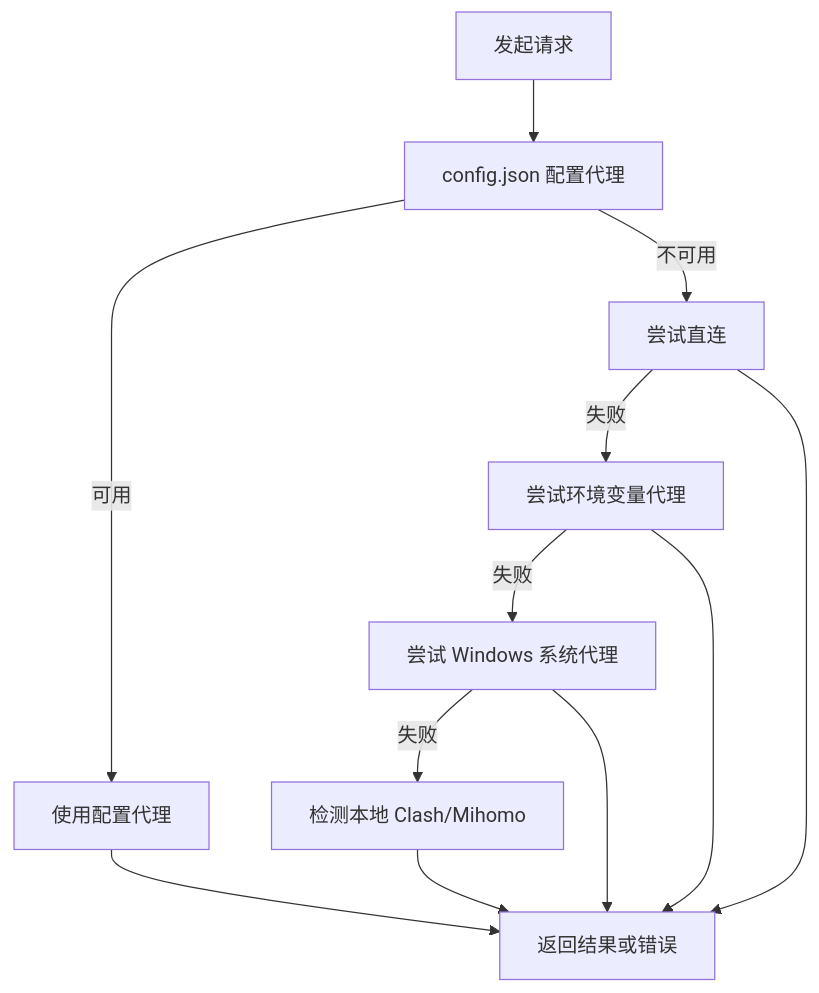
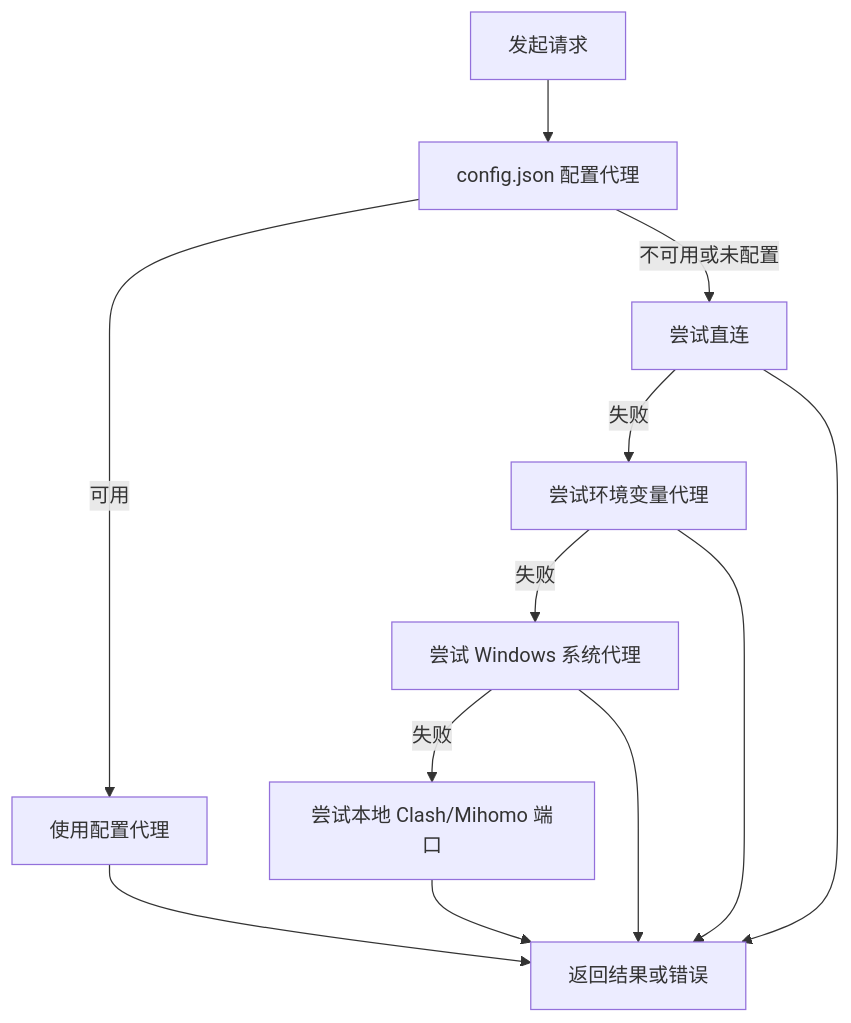
The third of 3 diagrams in README.md (vegetpig/super-imyaigc-signin), drawn with Mermaid before and after one commit. The commit also changed other lines of this file, not shown here.

````diff
--- a/README.md
+++ b/README.md
@@ -302,14 +372,14 @@
 ```mermaid
 flowchart TD
     Start["发起请求"] --> Config["config.json 配置代理"]
     Config -->|可用| Proxy["使用配置代理"]
-    Config -->|不可用| Direct["尝试直连"]
+    Config -->|不可用或未配置| Direct["尝试直连"]
     Direct -->|失败| Env["尝试环境变量代理"]
     Env -->|失败| System["尝试 Windows 系统代理"]
-    System -->|失败| Local["检测本地 Clash/Mihomo"]
+    System -->|失败| Local["尝试本地 Clash/Mihomo 端口"]
     Local --> Done["返回结果或错误"]
     Proxy --> Done
     Direct --> Done
     Env --> Done
     System --> Done
 ```
````
